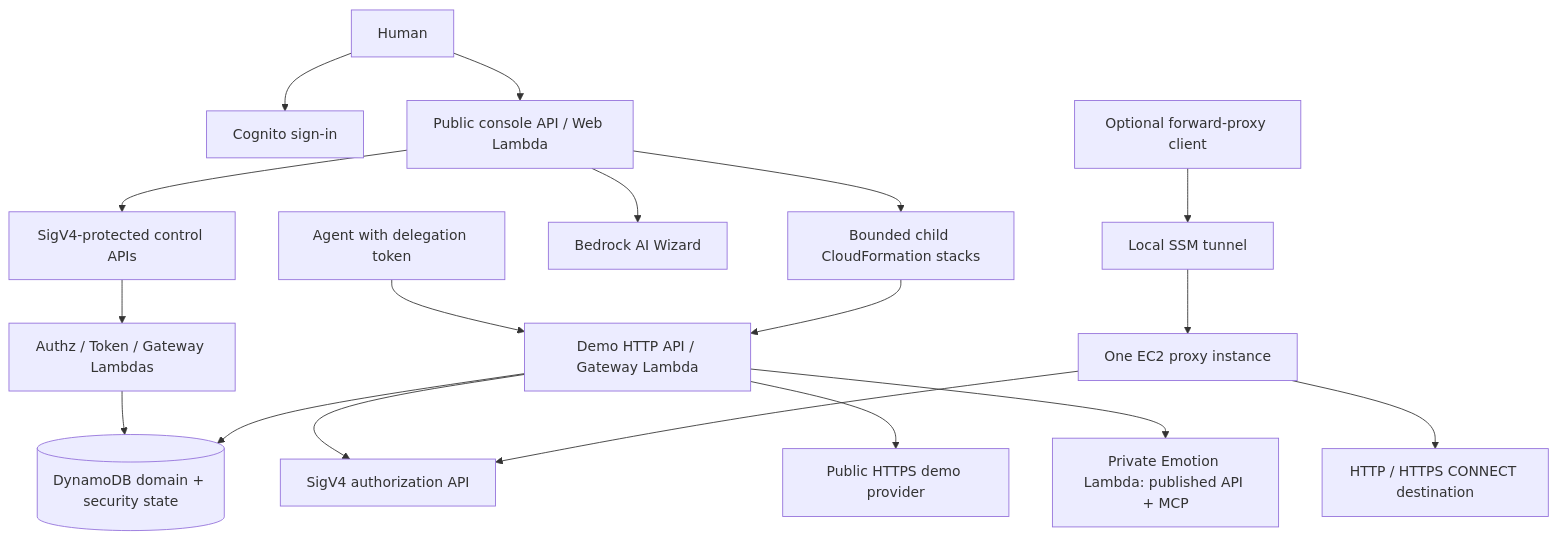
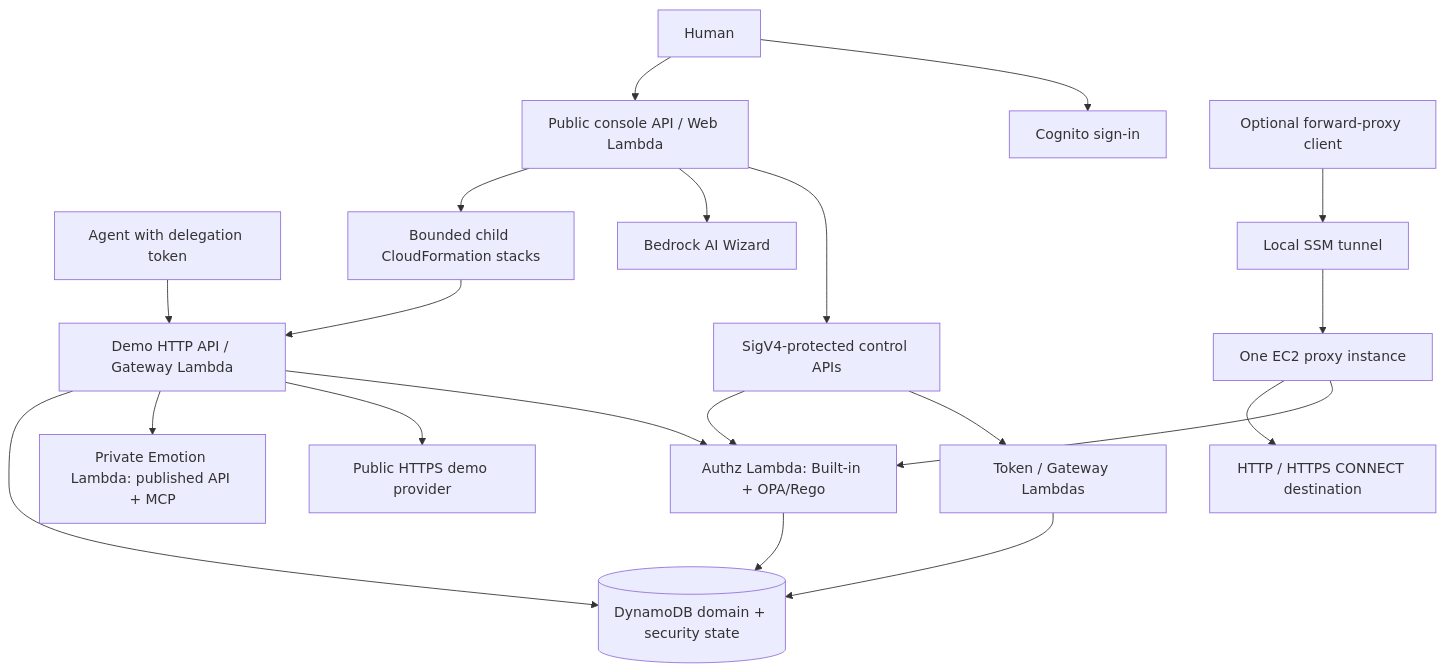
Before and after one commit to stevef1uk/agent-gateway-runtime: the diagram in docs/Architecture.md, drawn with Mermaid. The commit also changed other lines of this file, not shown here.

Commit message:
docs(aws): show Rego in deployment architecture

````diff
--- a/docs/Architecture.md
+++ b/docs/Architecture.md
@@ -5,20 +5,22 @@
 ```mermaid
 flowchart TB
  Human[Human] --> Cognito[Cognito sign-in]
  Human --> Web[Public console API / Web Lambda]
  Agent[Agent with delegation token] --> PEP[Demo HTTP API / Gateway Lambda]
  Web --> IAM[SigV4-protected control APIs]
- IAM --> Control[Authz / Token / Gateway Lambdas]
+ IAM --> Control[Token / Gateway Lambdas]
+ IAM --> Authz[Authz Lambda: Built-in + OPA/Rego]
  Web --> Bedrock[Bedrock AI Wizard]
  Web --> CF[Bounded child CloudFormation stacks]
  CF --> PEP
- PEP --> Authz[SigV4 authorization API]
+ PEP --> Authz
  PEP --> Public[Public HTTPS demo provider]
  PEP --> Emotion[Private Emotion Lambda: published API + MCP]
  Control --> State[(DynamoDB domain + security state)]
+ Authz --> State
  PEP --> State
  Client[Optional forward-proxy client] --> Tunnel[Local SSM tunnel]
  Tunnel --> VM[One EC2 proxy instance]
  VM --> Authz
  VM --> Destination[HTTP / HTTPS CONNECT destination]
 ```
````
